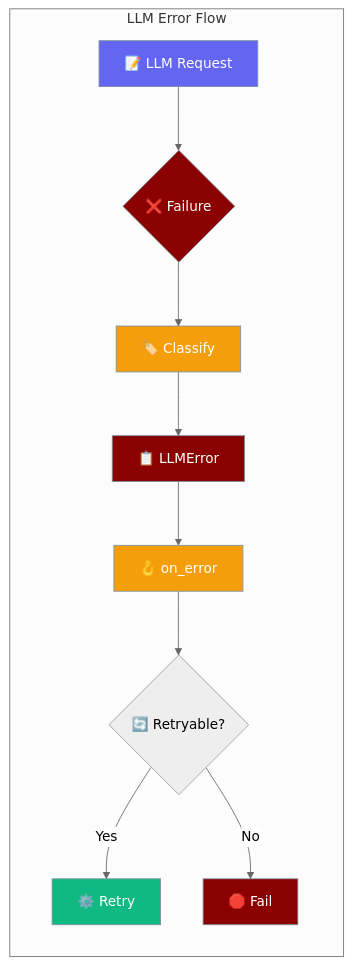
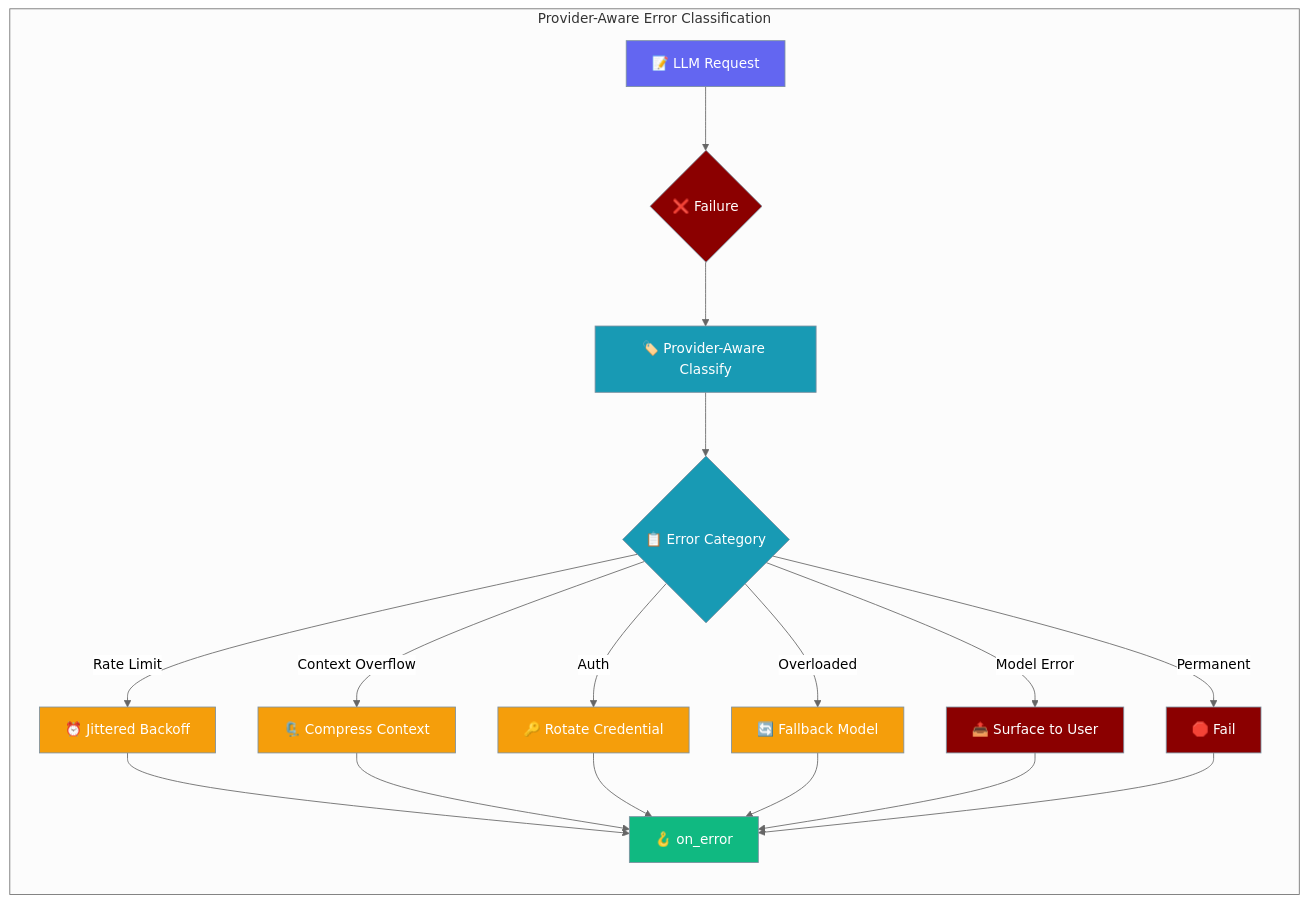
One commit to MervinPraison/PraisonAIDocs changed the first of 4 diagrams in docs/features/structured-llm-errors.mdx. Above: the diagram before and after it, drawn with Mermaid (neutral theme). The commit also changed other lines of this file, not shown here.

First line of the commit message:
docs: update Structured LLM Errors page for provider-aware classifier (PR #1833) (#524)

````diff
--- a/docs/features/structured-llm-errors.mdx
+++ b/docs/features/structured-llm-errors.mdx
@@ -10,22 +10,32 @@
 ```mermaid
 graph LR
-    subgraph "LLM Error Flow"
+    subgraph "Provider-Aware Error Classification"
         Request[📝 LLM Request] --> Error{❌ Failure}
-        Error --> Classify[🏷️ Classify]
-        Classify --> Structure[📋 LLMError]
-        Structure --> Hook[🪝 on_error]
-        Hook --> Retry{🔄 Retryable?}
-        Retry -->|Yes| Orchestration[⚙️ Retry]
-        Retry -->|No| Fail[🛑 Fail]
+        Error --> Classify[🏷️ Provider-Aware Classify]
+        Classify --> Category{📋 Error Category}
+        Category -->|Rate Limit| Backoff[⏰ Jittered Backoff]
+        Category -->|Context Overflow| Compress[🗜️ Compress Context]
+        Category -->|Auth| Rotate[🔑 Rotate Credential]
+        Category -->|Overloaded| Fallback[🔄 Fallback Model]
+        Category -->|Model Error| Surface[📤 Surface to User]
+        Category -->|Permanent| Fail[🛑 Fail]
+        Backoff --> Hook[🪝 on_error]
+        Compress --> Hook
+        Rotate --> Hook
+        Fallback --> Hook
+        Surface --> Hook
+        Fail --> Hook
     end
     
     classDef request fill:#6366F1,stroke:#7C90A0,color:#fff
-    classDef process fill:#F59E0B,stroke:#7C90A0,color:#fff
+    classDef process fill:#189AB4,stroke:#7C90A0,color:#fff
+    classDef recovery fill:#F59E0B,stroke:#7C90A0,color:#fff
+    classDef success fill:#10B981,stroke:#7C90A0,color:#fff
     classDef error fill:#8B0000,stroke:#7C90A0,color:#fff
-    classDef success fill:#10B981,stroke:#7C90A0,color:#fff
     
     class Request request
-    class Classify,Hook process
-    class Error,Structure,Fail error
-    class Orchestration success
+    class Classify,Category process
+    class Backoff,Compress,Rotate,Fallback recovery
+    class Hook success
+    class Error,Surface,Fail error
 ```
````
